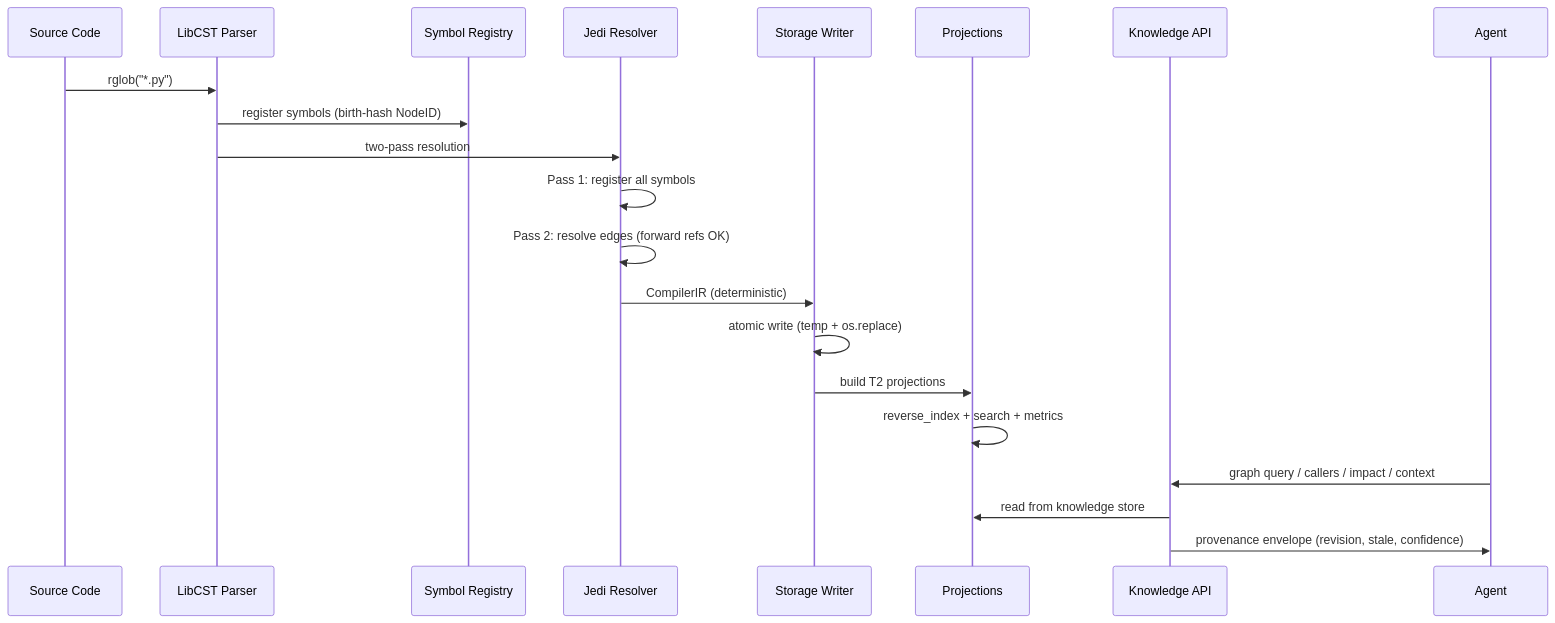
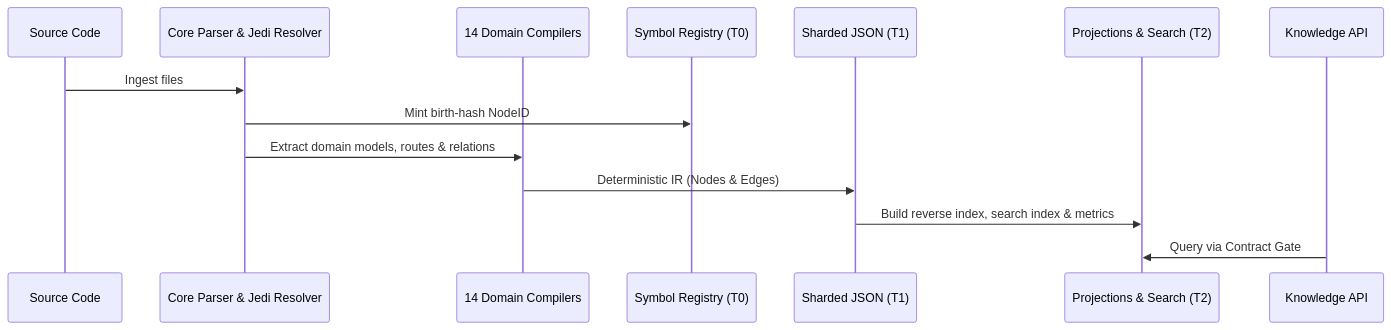
Before and after one commit to Abhishek3670/stackmind: the second of 2 diagrams in STACKMIND.md, drawn with Mermaid. The commit also changed other lines of this file and 3 other files, not shown here.

````diff
--- a/STACKMIND.md
+++ b/STACKMIND.md
@@ -305,24 +218,17 @@
 ```mermaid
 sequenceDiagram
-    participant Source as Source Code
-    participant Parser as LibCST Parser
-    participant Registry as Symbol Registry
-    participant Resolver as Jedi Resolver
-    participant Writer as Storage Writer
-    participant Proj as Projections
+    participant Src as Source Code
+    participant Core as Core Parser & Jedi Resolver
+    participant Dom as 14 Domain Compilers
+    participant Reg as Symbol Registry (T0)
+    participant Store as Sharded JSON (T1)
+    participant Proj as Projections & Search (T2)
     participant API as Knowledge API
-    participant Agent as Agent
 
-    Source->>Parser: rglob("*.py")
-    Parser->>Registry: register symbols (birth-hash NodeID)
-    Parser->>Resolver: two-pass resolution
-    Resolver->>Resolver: Pass 1: register all symbols
-    Resolver->>Resolver: Pass 2: resolve edges (forward refs OK)
-    Resolver->>Writer: CompilerIR (deterministic)
-    Writer->>Writer: atomic write (temp + os.replace)
-    Writer->>Proj: build T2 projections
-    Proj->>Proj: reverse_index + search + metrics
-    Agent->>API: graph query / callers / impact / context
-    API->>Proj: read from knowledge store
-    API->>Agent: provenance envelope (revision, stale, confidence)
+    Src->>Core: Ingest files
+    Core->>Reg: Mint birth-hash NodeID
+    Core->>Dom: Extract domain models, routes & relations
+    Dom->>Store: Deterministic IR (Nodes & Edges)
+    Store->>Proj: Build reverse index, search index & metrics
+    API->>Proj: Query via Contract Gate
 ```
````
